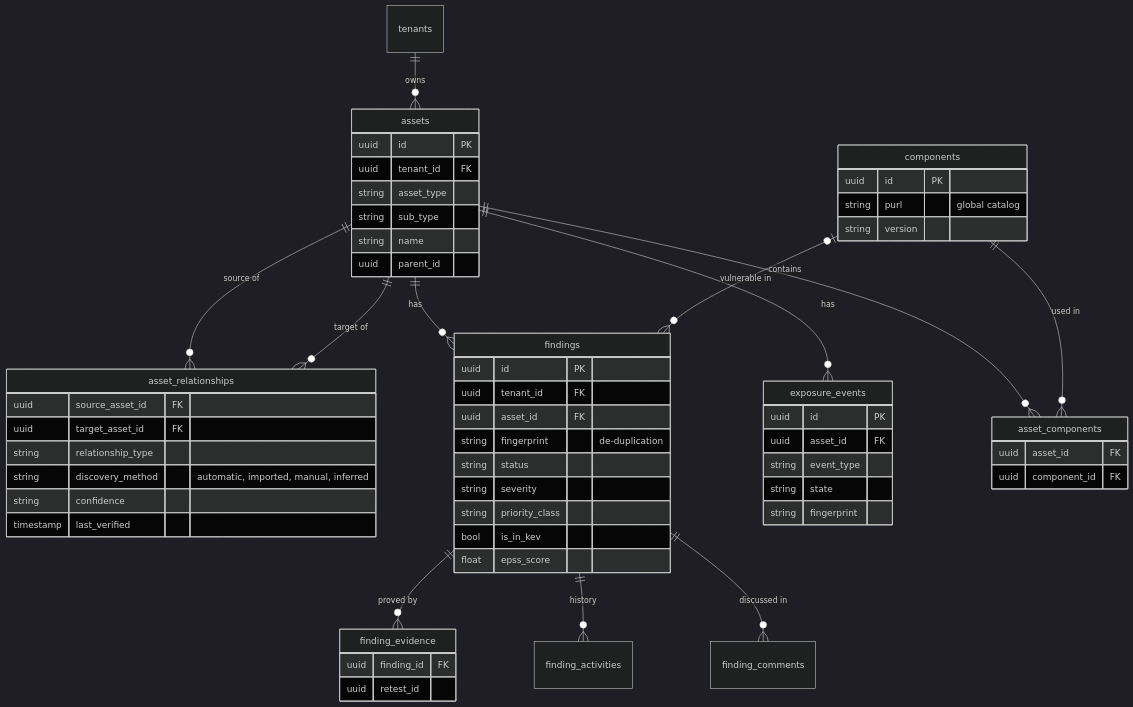
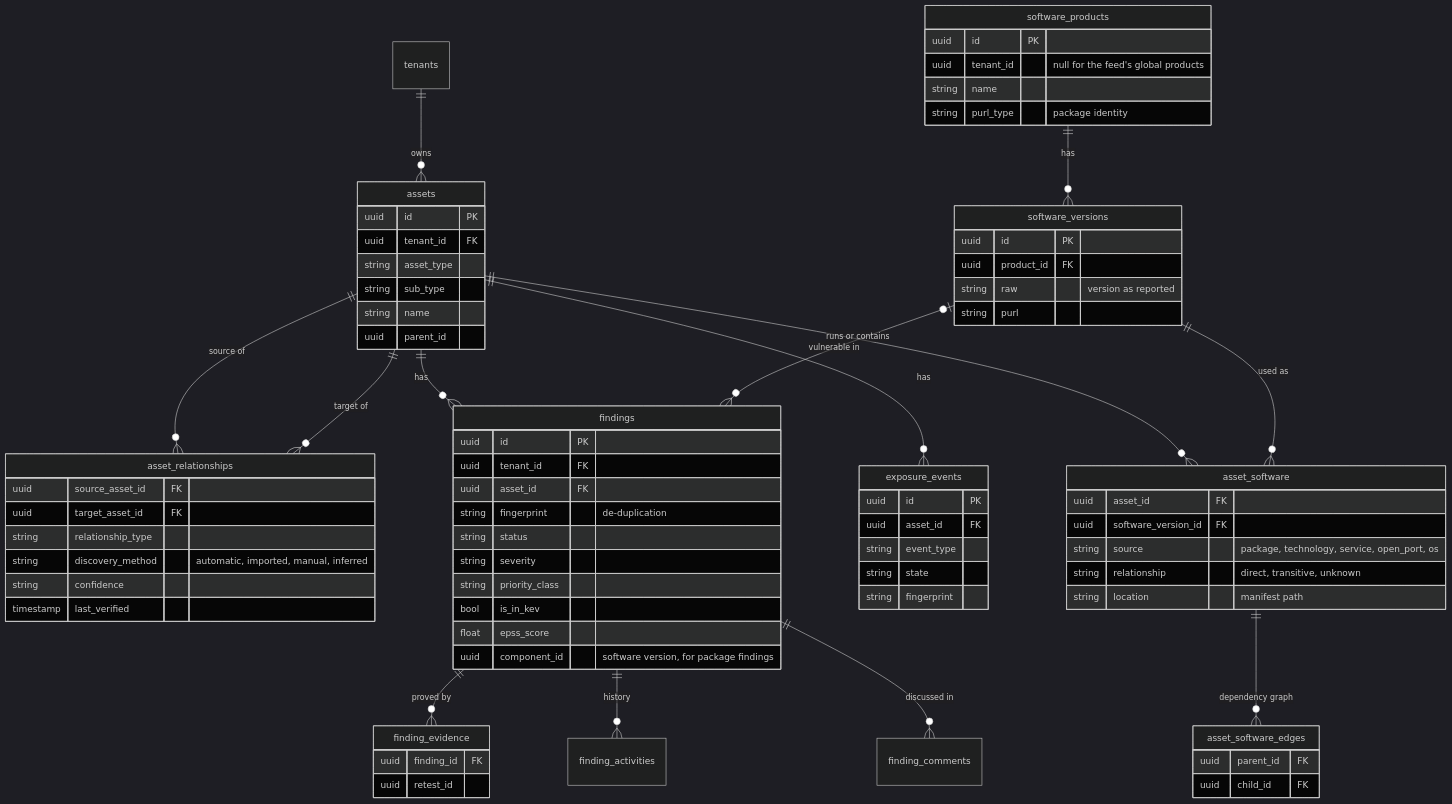
The second of 3 diagrams in overview/data-model.md (openctemio/docs), drawn with Mermaid (dark theme) before and after one commit. The commit also changed other lines of this file and 84 other files, not shown here.

````diff
--- a/overview/data-model.md
+++ b/overview/data-model.md
@@ -91,62 +91,79 @@
 ```mermaid
 erDiagram
     tenants ||--o{ assets : owns
     assets ||--o{ asset_relationships : "source of"
     assets ||--o{ asset_relationships : "target of"
     assets ||--o{ findings : "has"
     assets ||--o{ exposure_events : "has"
-    assets ||--o{ asset_components : "contains"
-    components ||--o{ asset_components : "used in"
-    components |o--o{ findings : "vulnerable in"
+    assets ||--o{ asset_software : "runs or contains"
+    software_products ||--o{ software_versions : "has"
+    software_versions ||--o{ asset_software : "used as"
+    asset_software ||--o{ asset_software_edges : "dependency graph"
+    software_versions |o--o{ findings : "vulnerable in"
     findings ||--o{ finding_evidence : "proved by"
     findings ||--o{ finding_activities : "history"
     findings ||--o{ finding_comments : "discussed in"
 
     assets {
         uuid id PK
         uuid tenant_id FK
         string asset_type
         string sub_type
         string name
         uuid parent_id
     }
     asset_relationships {
         uuid source_asset_id FK
         uuid target_asset_id FK
         string relationship_type
         string discovery_method "automatic, imported, manual, inferred"
         string confidence
         timestamp last_verified
     }
     findings {
         uuid id PK
         uuid tenant_id FK
         uuid asset_id FK
         string fingerprint "de-duplication"
         string status
         string severity
         string priority_class
         bool is_in_kev
         float epss_score
+        uuid component_id "software version, for package findings"
     }
     exposure_events {
         uuid id PK
         uuid asset_id FK
         string event_type
         string state
         string fingerprint
     }
-    components {
+    software_products {
         uuid id PK
-        string purl "global catalog"
-        string version
+        uuid tenant_id "null for the feed's global products"
+        string name
+        string purl_type "package identity"
     }
-    asset_components {
+    software_versions {
+        uuid id PK
+        uuid product_id FK
+        string raw "version as reported"
+        string purl
+    }
+    asset_software {
         uuid asset_id FK
-        uuid component_id FK
+        uuid software_version_id FK
+        string source "package, technology, service, open_port, os"
+        string relationship "direct, transitive, unknown"
+        string location "manifest path"
+    }
+    asset_software_edges {
+        uuid parent_id FK
+        uuid child_id FK
     }
     finding_evidence {
         uuid finding_id FK
         uuid retest_id
     }
 ```
````
